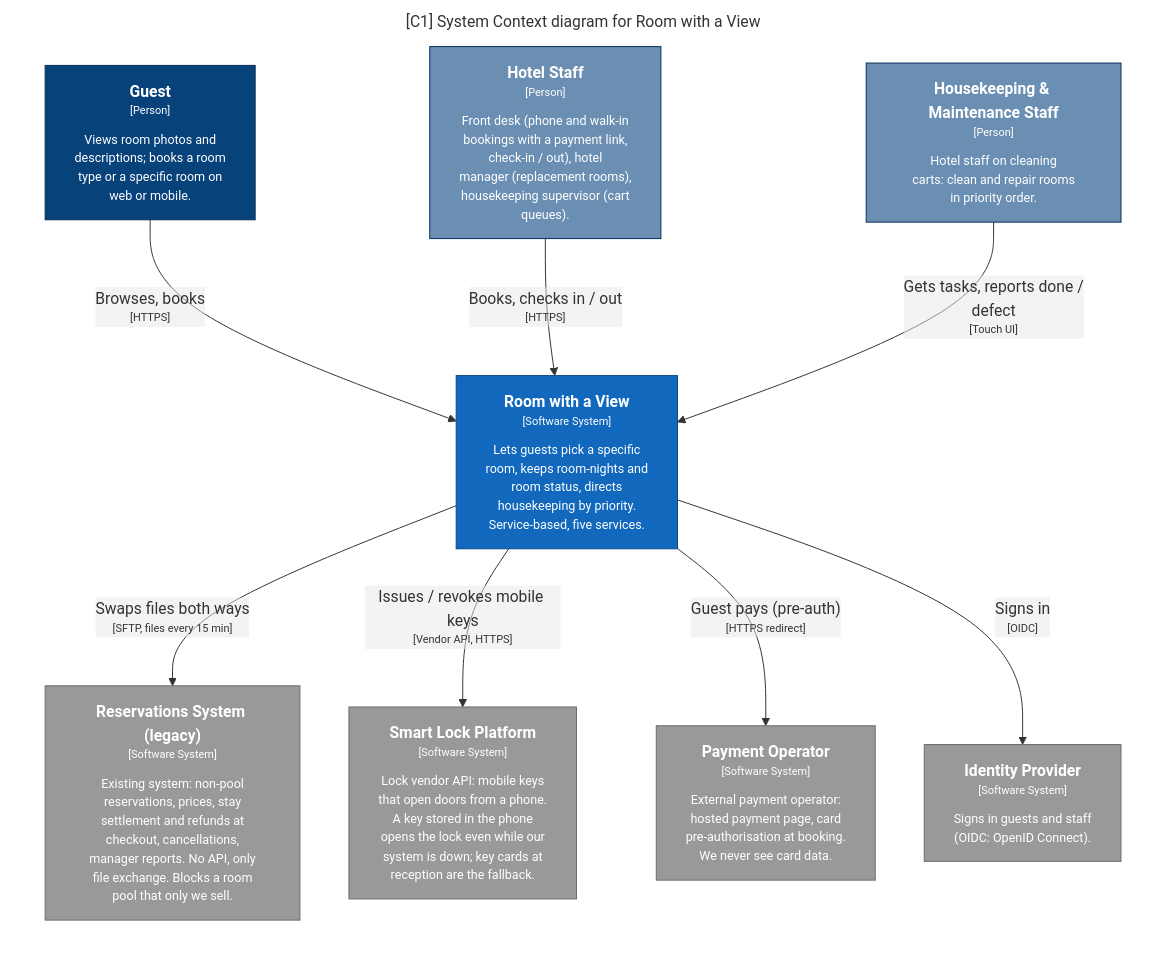
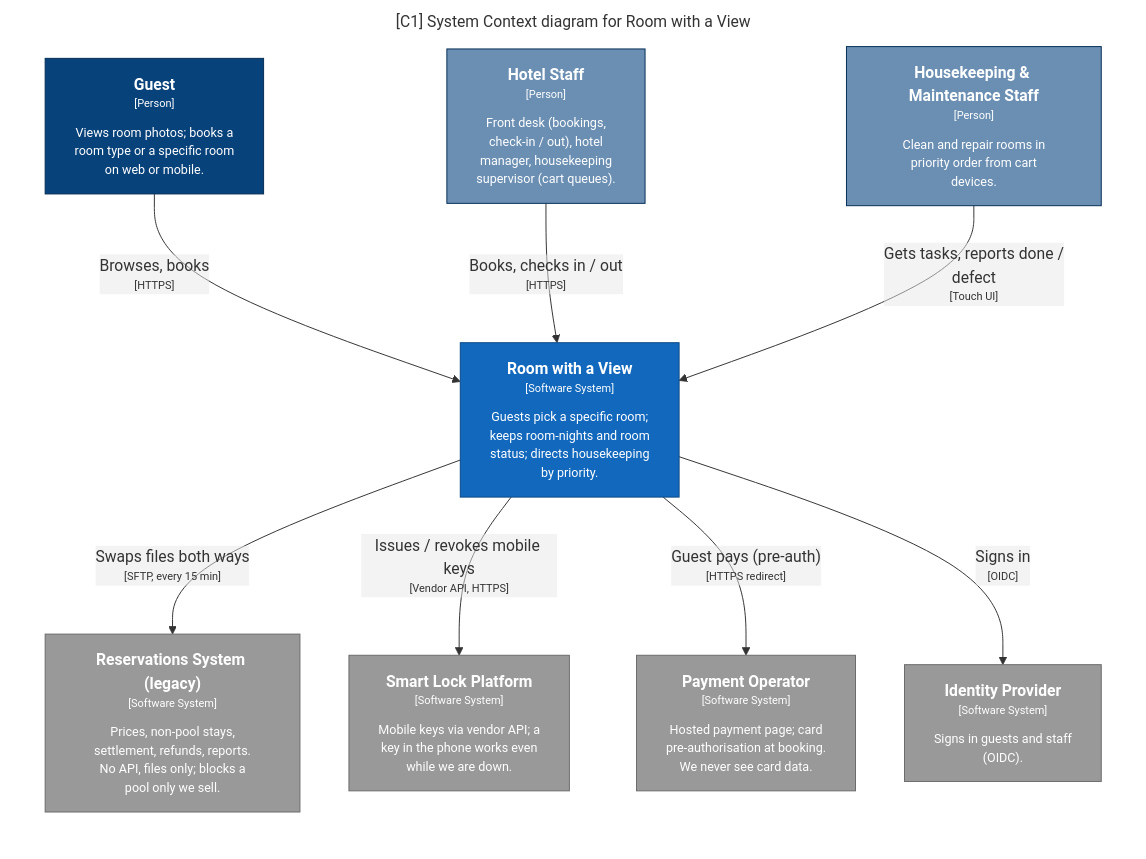
The diagram in zadanie/c4/out/mermaid/C1-SystemContext.mmd (patrykkarny/Kata-workshopAI), drawn with Mermaid before and after one commit. The commit also changed 26 other files, not shown here.

```diff
--- a/zadanie/c4/out/mermaid/C1-SystemContext.mmd
+++ b/zadanie/c4/out/mermaid/C1-SystemContext.mmd
@@ -1,32 +1,32 @@
 graph LR
   linkStyle default fill:#ffffff
 
   subgraph diagram ["[C1] System Context diagram for Room with a View"]
     style diagram fill:#ffffff,stroke:#ffffff
 
-    1["<div style='font-weight: bold'>Guest</div><div style='font-size: 70%; margin-top: 0px'>[Person]</div><div style='font-size: 80%; margin-top:10px'>Views room photos and<br />descriptions; books a room<br />type or a specific room on<br />web or mobile.</div>"]
+    1["<div style='font-weight: bold'>Guest</div><div style='font-size: 70%; margin-top: 0px'>[Person]</div><div style='font-size: 80%; margin-top:10px'>Views room photos; books a<br />room type or a specific room<br />on web or mobile.</div>"]
     style 1 fill:#08427b,stroke:#052e56,color:#ffffff
-    15["<div style='font-weight: bold'>Reservations System (legacy)</div><div style='font-size: 70%; margin-top: 0px'>[Software System]</div><div style='font-size: 80%; margin-top:10px'>Existing system: non-pool<br />reservations, prices, stay<br />settlement and refunds at<br />checkout, cancellations,<br />manager reports. No API, only<br />file exchange. Blocks a room<br />pool that only we sell.</div>"]
+    15["<div style='font-weight: bold'>Reservations System (legacy)</div><div style='font-size: 70%; margin-top: 0px'>[Software System]</div><div style='font-size: 80%; margin-top:10px'>Prices, non-pool stays,<br />settlement, refunds, reports.<br />No API, files only; blocks a<br />pool only we sell.</div>"]
     style 15 fill:#999999,stroke:#6b6b6b,color:#ffffff
-    16["<div style='font-weight: bold'>Smart Lock Platform</div><div style='font-size: 70%; margin-top: 0px'>[Software System]</div><div style='font-size: 80%; margin-top:10px'>Lock vendor API: mobile keys<br />that open doors from a phone.<br />A key stored in the phone<br />opens the lock even while our<br />system is down; key cards at<br />reception are the fallback.</div>"]
+    16["<div style='font-weight: bold'>Smart Lock Platform</div><div style='font-size: 70%; margin-top: 0px'>[Software System]</div><div style='font-size: 80%; margin-top:10px'>Mobile keys via vendor API; a<br />key in the phone works even<br />while we are down.</div>"]
     style 16 fill:#999999,stroke:#6b6b6b,color:#ffffff
-    17["<div style='font-weight: bold'>Payment Operator</div><div style='font-size: 70%; margin-top: 0px'>[Software System]</div><div style='font-size: 80%; margin-top:10px'>External payment operator:<br />hosted payment page, card<br />pre-authorisation at booking.<br />We never see card data.</div>"]
+    17["<div style='font-weight: bold'>Payment Operator</div><div style='font-size: 70%; margin-top: 0px'>[Software System]</div><div style='font-size: 80%; margin-top:10px'>Hosted payment page; card<br />pre-authorisation at booking.<br />We never see card data.</div>"]
     style 17 fill:#999999,stroke:#6b6b6b,color:#ffffff
-    18["<div style='font-weight: bold'>Identity Provider</div><div style='font-size: 70%; margin-top: 0px'>[Software System]</div><div style='font-size: 80%; margin-top:10px'>Signs in guests and staff<br />(OIDC: OpenID Connect).</div>"]
+    18["<div style='font-weight: bold'>Identity Provider</div><div style='font-size: 70%; margin-top: 0px'>[Software System]</div><div style='font-size: 80%; margin-top:10px'>Signs in guests and staff<br />(OIDC).</div>"]
     style 18 fill:#999999,stroke:#6b6b6b,color:#ffffff
-    2["<div style='font-weight: bold'>Hotel Staff</div><div style='font-size: 70%; margin-top: 0px'>[Person]</div><div style='font-size: 80%; margin-top:10px'>Front desk (phone and walk-in<br />bookings with a payment link,<br />check-in / out), hotel<br />manager (replacement rooms),<br />housekeeping supervisor (cart<br />queues).</div>"]
+    2["<div style='font-weight: bold'>Hotel Staff</div><div style='font-size: 70%; margin-top: 0px'>[Person]</div><div style='font-size: 80%; margin-top:10px'>Front desk (bookings,<br />check-in / out), hotel<br />manager, housekeeping<br />supervisor (cart queues).</div>"]
     style 2 fill:#6b8fb3,stroke:#052e56,color:#ffffff
-    3["<div style='font-weight: bold'>Housekeeping & Maintenance Staff</div><div style='font-size: 70%; margin-top: 0px'>[Person]</div><div style='font-size: 80%; margin-top:10px'>Hotel staff on cleaning<br />carts: clean and repair rooms<br />in priority order.</div>"]
+    3["<div style='font-weight: bold'>Housekeeping & Maintenance Staff</div><div style='font-size: 70%; margin-top: 0px'>[Person]</div><div style='font-size: 80%; margin-top:10px'>Clean and repair rooms in<br />priority order from cart<br />devices.</div>"]
     style 3 fill:#6b8fb3,stroke:#052e56,color:#ffffff
-    4["<div style='font-weight: bold'>Room with a View</div><div style='font-size: 70%; margin-top: 0px'>[Software System]</div><div style='font-size: 80%; margin-top:10px'>Lets guests pick a specific<br />room, keeps room-nights and<br />room status, directs<br />housekeeping by priority.<br />Service-based, five services.</div>"]
+    4["<div style='font-weight: bold'>Room with a View</div><div style='font-size: 70%; margin-top: 0px'>[Software System]</div><div style='font-size: 80%; margin-top:10px'>Guests pick a specific room;<br />keeps room-nights and room<br />status; directs housekeeping<br />by priority.</div>"]
     style 4 fill:#1168bd,stroke:#0b4884,color:#ffffff
 
     1-- "<div>Browses, books</div><div style='font-size: 70%'>[HTTPS]</div>" -->4
     2-- "<div>Books, checks in / out</div><div style='font-size: 70%'>[HTTPS]</div>" -->4
     3-- "<div>Gets tasks, reports done /<br />defect</div><div style='font-size: 70%'>[Touch UI]</div>" -->4
     4-- "<div>Guest pays (pre-auth)</div><div style='font-size: 70%'>[HTTPS redirect]</div>" -->17
     4-- "<div>Signs in</div><div style='font-size: 70%'>[OIDC]</div>" -->18
+    4-- "<div>Swaps files both ways</div><div style='font-size: 70%'>[SFTP, every 15 min]</div>" -->15
     4-- "<div>Issues / revokes mobile keys</div><div style='font-size: 70%'>[Vendor API, HTTPS]</div>" -->16
-    4-- "<div>Swaps files both ways</div><div style='font-size: 70%'>[SFTP, files every 15 min]</div>" -->15
 
   end
```
